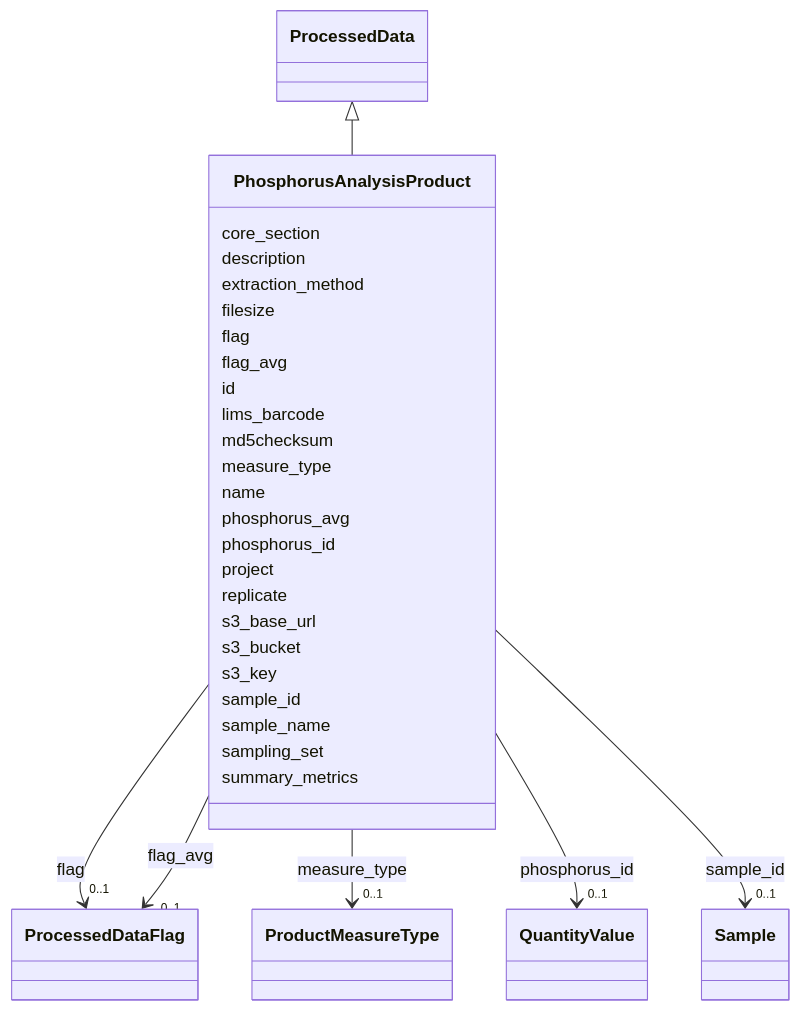
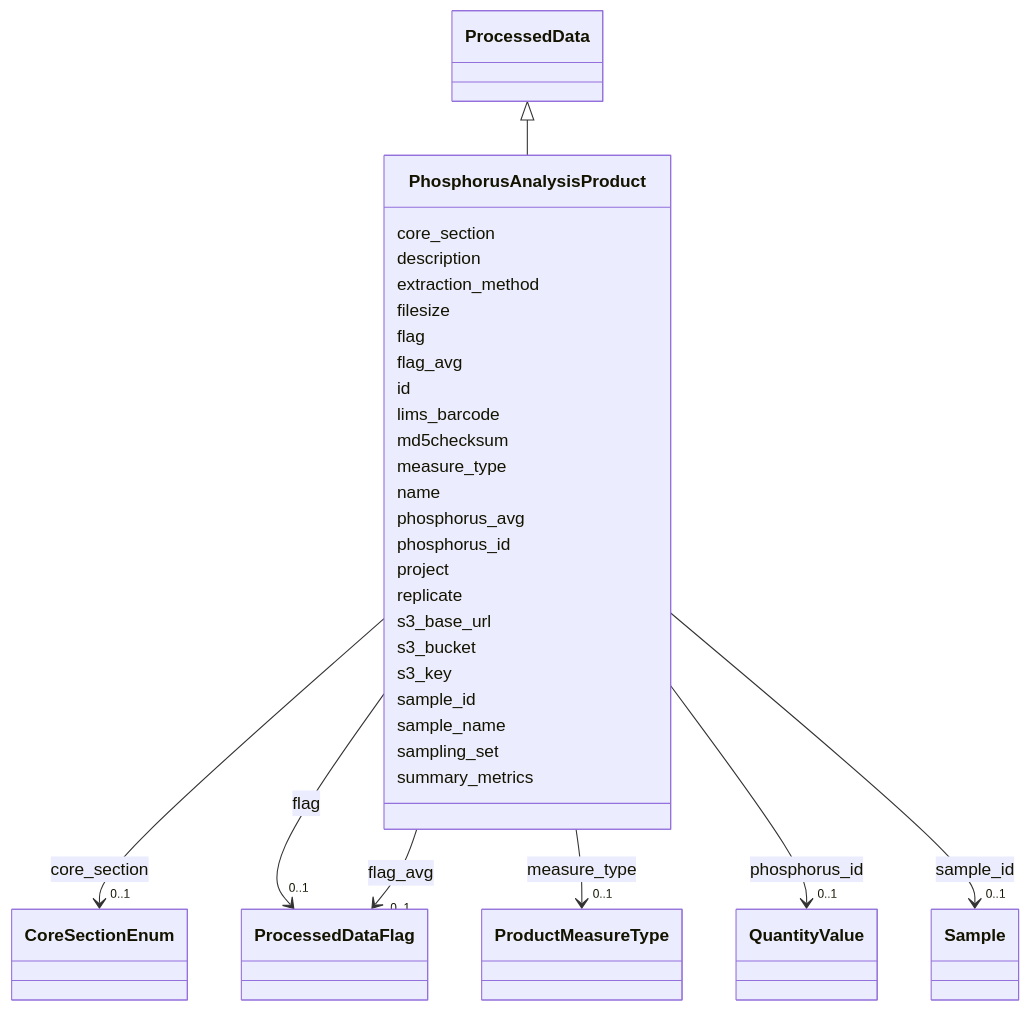
Before and after one commit to EMSL-Computing/BASALT-Schema: the diagram in docs/elements/PhosphorusAnalysisProduct.md, drawn with Mermaid. The commit also changed other lines of this file and 388 other files, not shown here.

```diff
--- a/docs/elements/PhosphorusAnalysisProduct.md
+++ b/docs/elements/PhosphorusAnalysisProduct.md
@@ -19,6 +19,16 @@
         click ProcessedData href "../ProcessedData"
       
       PhosphorusAnalysisProduct : core_section
+        
+          
+    
+    
+    
+    
+    PhosphorusAnalysisProduct --> "0..1" CoreSectionEnum : core_section
+    click CoreSectionEnum href "../CoreSectionEnum"
+    
+
         
       PhosphorusAnalysisProduct : description
         
```
